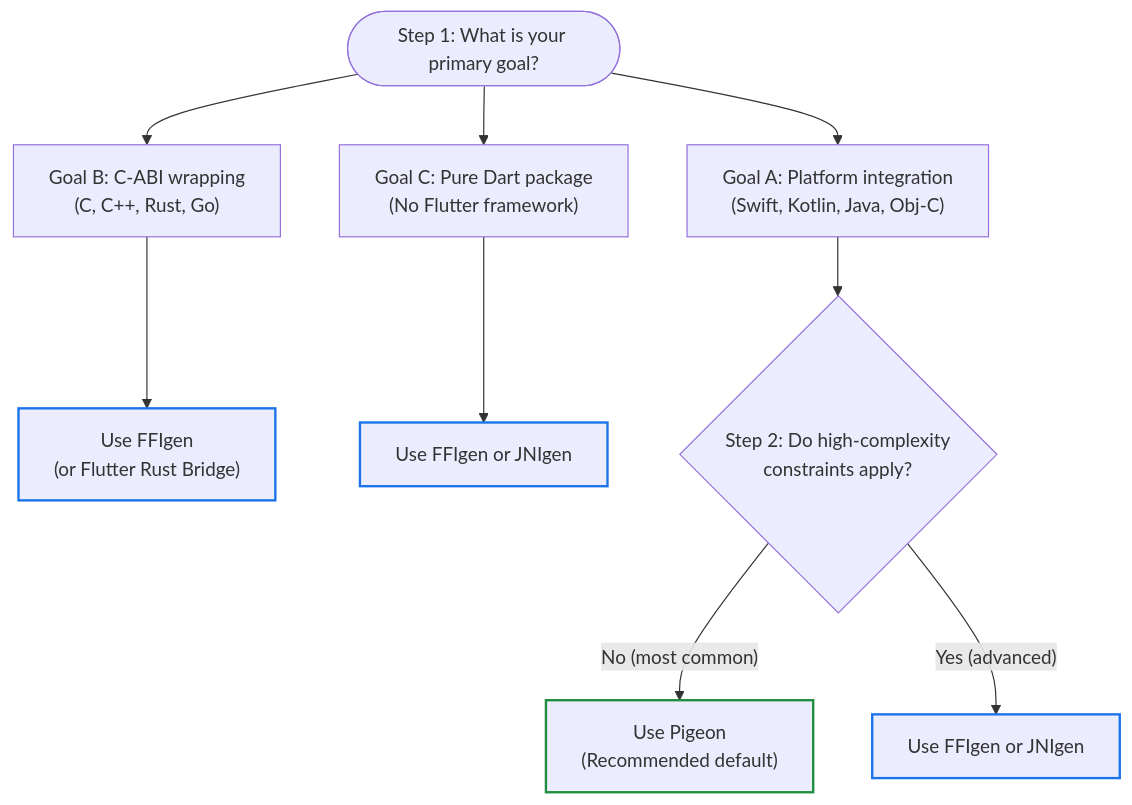
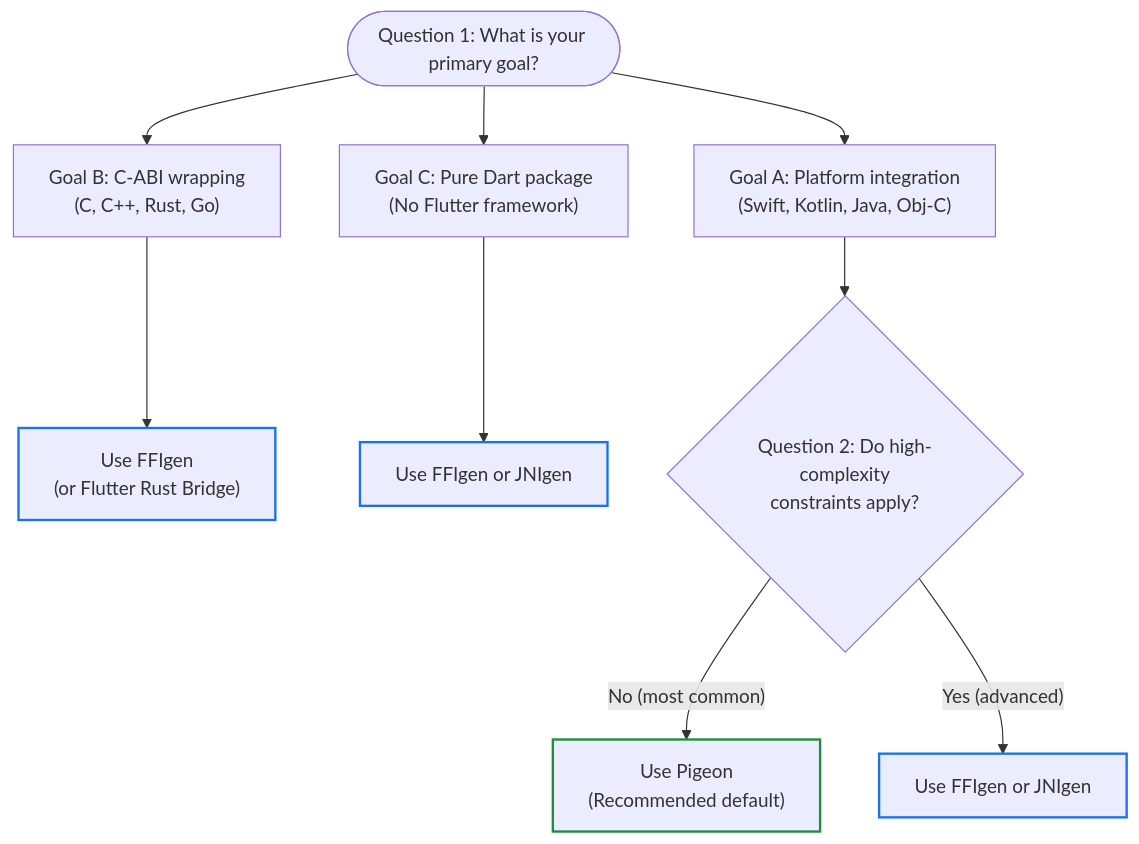
One commit to flutter/website changed the diagram in sites/docs/src/content/interop/index.md. Above: the diagram before and after it, drawn with Mermaid. The commit also changed other lines of this file and 1 other file, not shown here.

Commit message:
Rename decision tree steps to questions and simplify Swift experimental note

````diff
--- a/sites/docs/src/content/interop/index.md
+++ b/sites/docs/src/content/interop/index.md
@@ -18,16 +18,16 @@
 ```mermaid
 flowchart TD
-    Start(["Step 1: What is your primary goal?"]) --> GoalA["Goal A: Platform integration<br>(Swift, Kotlin, Java, Obj-C)"]
+    Start(["Question 1: What is your primary goal?"]) --> GoalA["Goal A: Platform integration<br>(Swift, Kotlin, Java, Obj-C)"]
     Start --> GoalB["Goal B: C-ABI wrapping<br>(C, C++, Rust, Go)"]
     Start --> GoalC["Goal C: Pure Dart package<br>(No Flutter framework)"]
 
     GoalB --> FFIgen["Use FFIgen<br>(or Flutter Rust Bridge)"]:::directNode
     GoalC --> Direct["Use FFIgen or JNIgen"]:::directNode
 
-    GoalA --> EvalPigeon{"Step 2: Do high-complexity<br>constraints apply?"}
+    GoalA --> EvalPigeon{"Question 2: Do high-complexity<br>constraints apply?"}
     EvalPigeon -->|"No (most common)"| Pigeon["Use Pigeon<br>(Recommended default)"]:::recommendedNode
     EvalPigeon -->|"Yes (advanced)"| DirectInterop["Use FFIgen or JNIgen"]:::directNode
 
     classDef recommendedNode stroke:#1e8e3e,stroke-width:2px;
     classDef directNode stroke:#1a73e8,stroke-width:2px;
 ```
````
